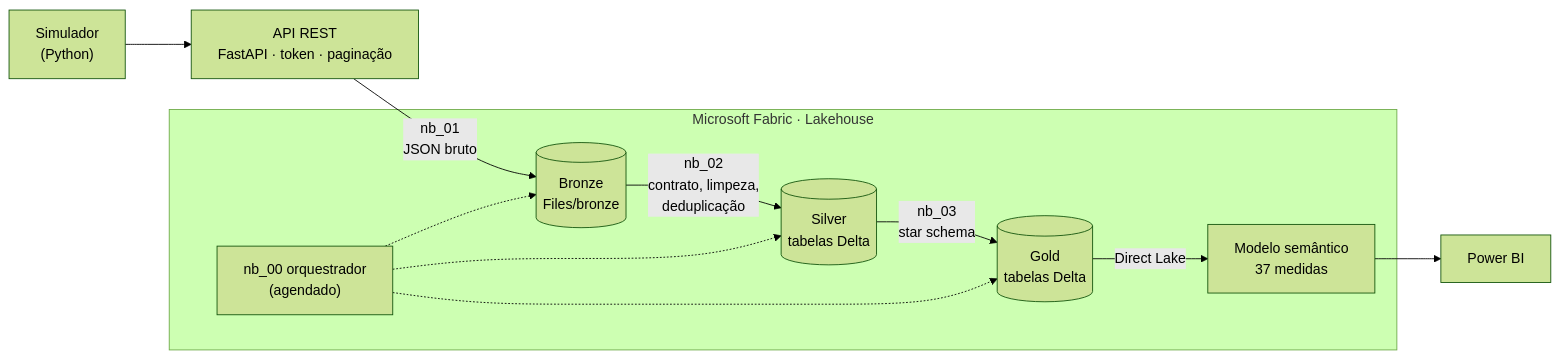
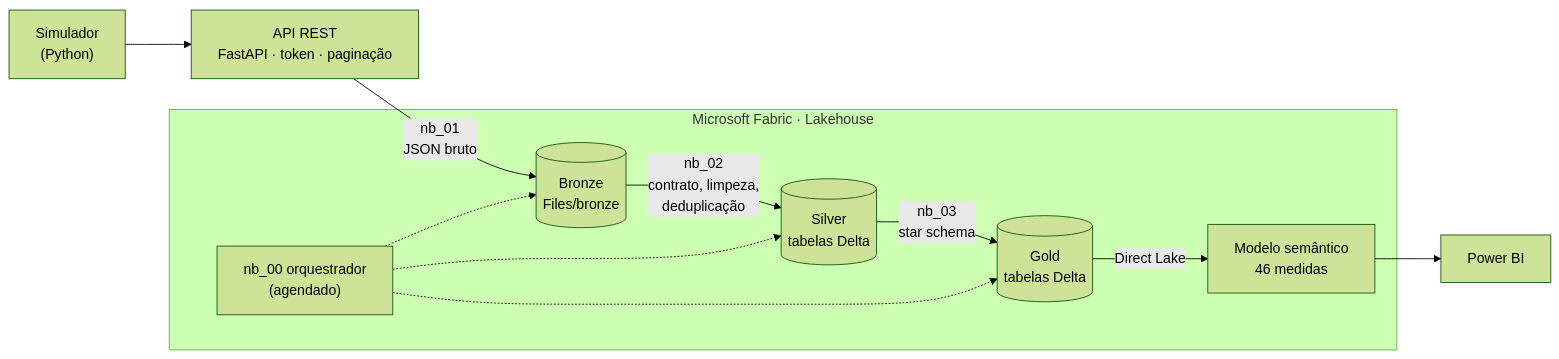
The diagram in README.md (GuilhermeRostirolla/painel-projetos-fabric), drawn with Mermaid (forest theme) before and after one commit. The commit also changed other lines of this file and 174 other files, not shown here.

````diff
--- a/README.md
+++ b/README.md
@@ -34,16 +34,16 @@
 ```mermaid
 flowchart LR
     S["Simulador<br/>(Python)"] --> A["API REST<br/>FastAPI · token · paginação"]
     A -- "nb_01<br/>JSON bruto" --> B[("Bronze<br/>Files/bronze")]
     B -- "nb_02<br/>contrato, limpeza,<br/>deduplicação" --> SV[("Silver<br/>tabelas Delta")]
     SV -- "nb_03<br/>star schema" --> G[("Gold<br/>tabelas Delta")]
-    G -- "Direct Lake" --> M["Modelo semântico<br/>37 medidas"] --> P["Power BI"]
+    G -- "Direct Lake" --> M["Modelo semântico<br/>46 medidas"] --> P["Power BI"]
     O["nb_00 orquestrador<br/>(agendado)"] -.-> B & SV & G
     subgraph Fabric["Microsoft Fabric · Lakehouse"]
         B
         SV
         G
         O
         M
     end
 ```
````
